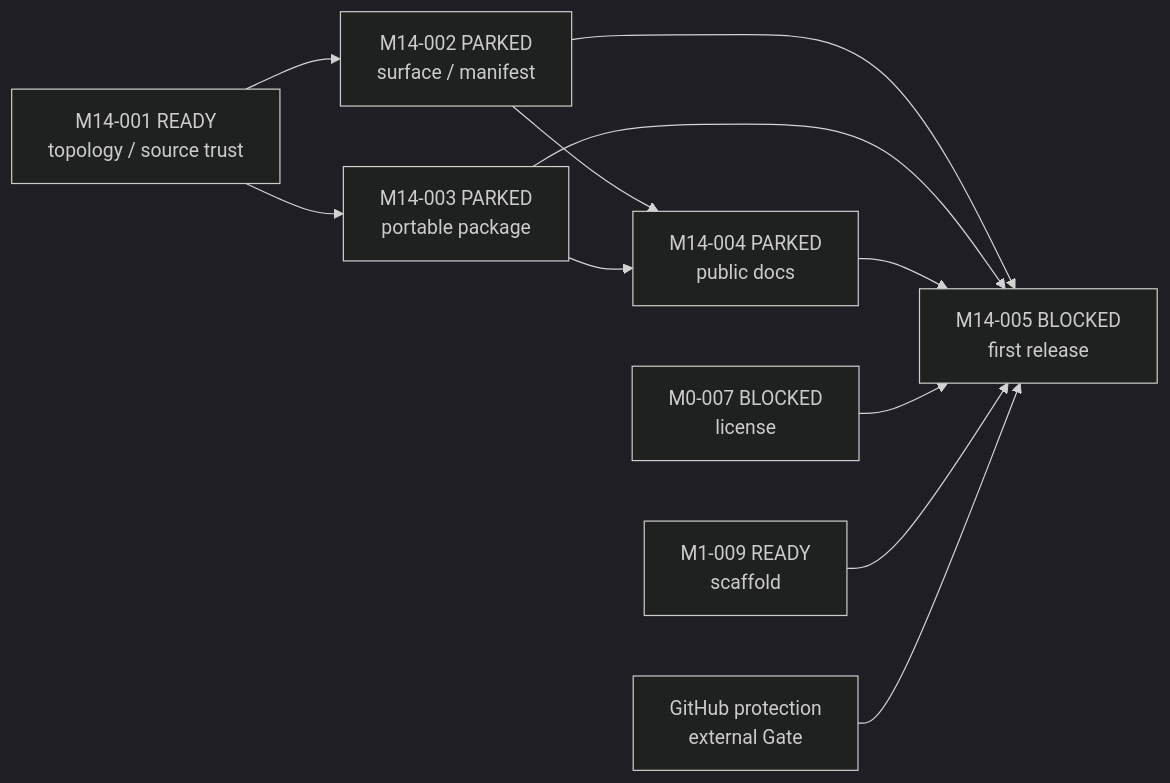
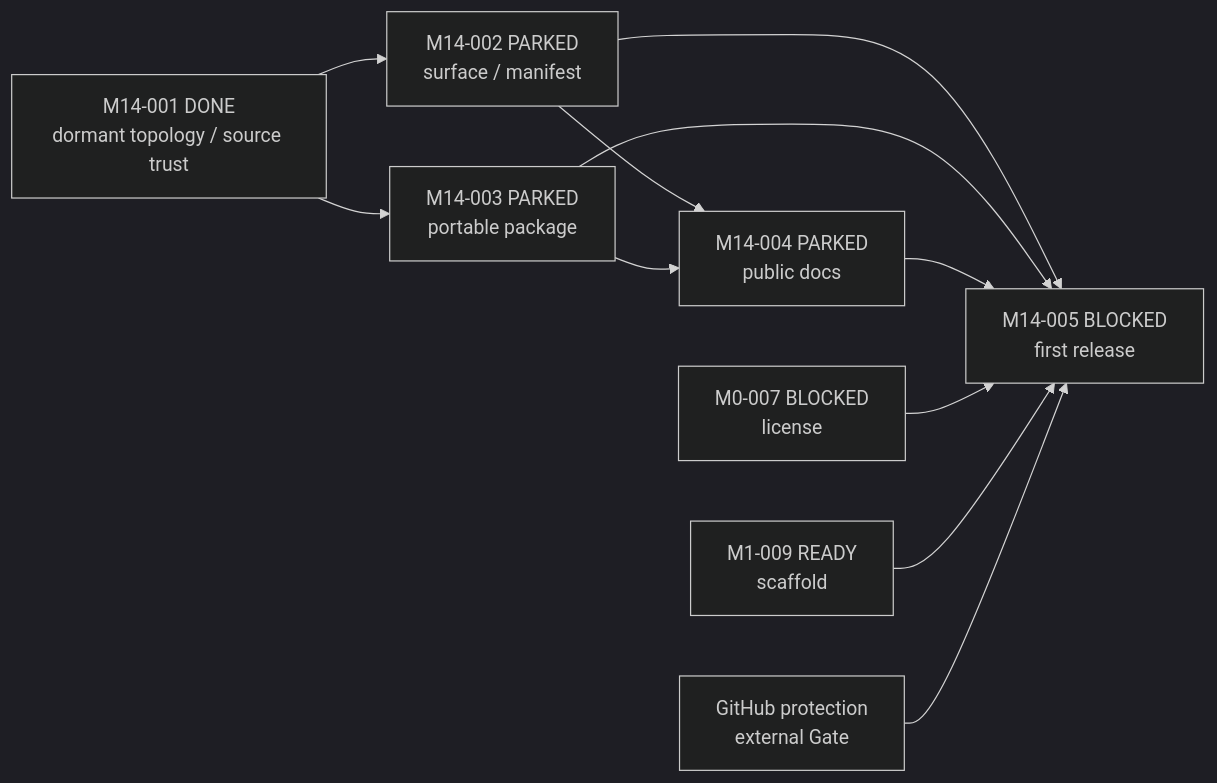
One commit to Chengyue-Lu/research-agent-workbench changed the fifth of 5 diagrams in docs/M_SERIES_IMPLEMENTATION_MAP.md. Above: the diagram before and after it, drawn with Mermaid (dark theme). The commit also changed other lines of this file and 13 other files, not shown here.

Commit message:
feat(governance): establish dormant curated release trust seam

````diff
--- a/docs/M_SERIES_IMPLEMENTATION_MAP.md
+++ b/docs/M_SERIES_IMPLEMENTATION_MAP.md
@@ -173,13 +174,13 @@
 ```mermaid
 flowchart LR
-    M14001["M14-001 READY<br/>topology / source trust"] --> M14002["M14-002 PARKED<br/>surface / manifest"]
+    M14001["M14-001 DONE<br/>dormant topology / source trust"] --> M14002["M14-002 PARKED<br/>surface / manifest"]
     M14001 --> M14003["M14-003 PARKED<br/>portable package"]
     M14002 --> M14004["M14-004 PARKED<br/>public docs"]
     M14003 --> M14004
     M14002 --> M14005["M14-005 BLOCKED<br/>first release"]
     M14003 --> M14005
     M14004 --> M14005
     M0007["M0-007 BLOCKED<br/>license"] --> M14005
     M1009["M1-009 READY<br/>scaffold"] --> M14005
     Remote["GitHub protection<br/>external Gate"] --> M14005
 ```
````
